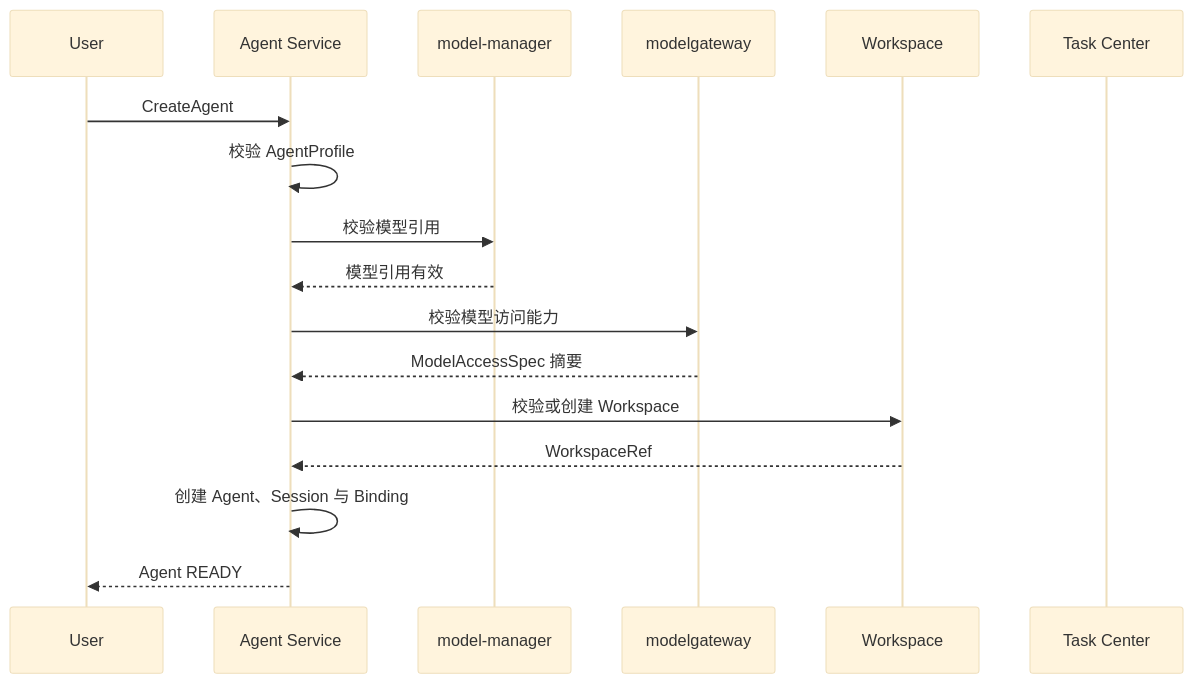
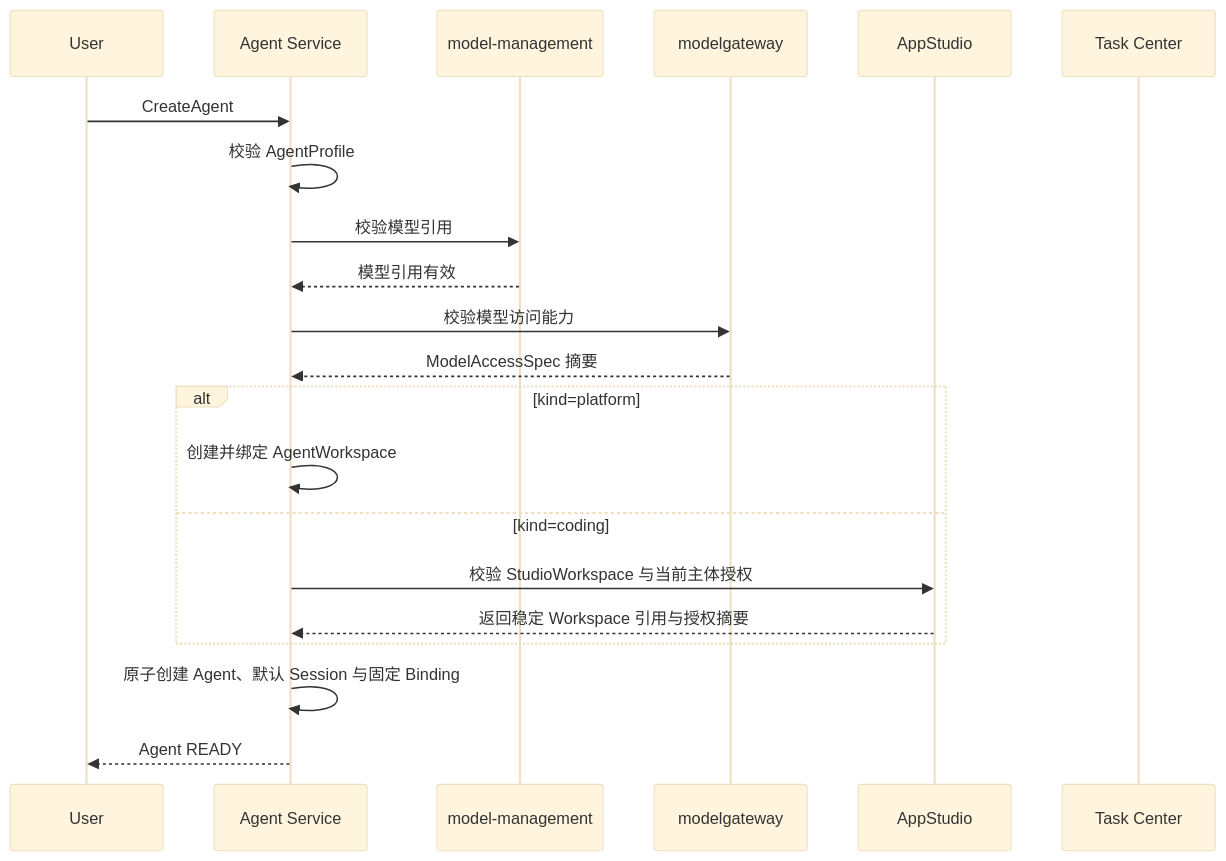
One commit to wangweihong/omnimam-spec changed the fifth of 9 diagrams in 00_product/domains/agent/product-spec.md. Above: the diagram before and after it, drawn with Mermaid (base theme). The commit also changed other lines of this file and 38 other files, not shown here.

````diff
--- a/00_product/domains/agent/product-spec.md
+++ b/00_product/domains/agent/product-spec.md
@@ -1134,24 +1154,28 @@
 ```mermaid
 sequenceDiagram
     participant U as User
     participant AS as Agent Service
-    participant MM as model-manager
+    participant MM as model-management
     participant MG as modelgateway
-    participant WS as Workspace
+    participant ST as AppStudio
     participant TC as Task Center
 
     U->>AS: CreateAgent
     AS->>AS: 校验 AgentProfile
 
     AS->>MM: 校验模型引用
     MM-->>AS: 模型引用有效
 
     AS->>MG: 校验模型访问能力
     MG-->>AS: ModelAccessSpec 摘要
 
-    AS->>WS: 校验或创建 Workspace
-    WS-->>AS: WorkspaceRef
+    alt kind=platform
+        AS->>AS: 创建并绑定 AgentWorkspace
+    else kind=coding
+        AS->>ST: 校验 StudioWorkspace 与当前主体授权
+        ST-->>AS: 返回稳定 Workspace 引用与授权摘要
+    end
 
-    AS->>AS: 创建 Agent、Session 与 Binding
+    AS->>AS: 原子创建 Agent、默认 Session 与固定 Binding
     AS-->>U: Agent READY
 ```
````
